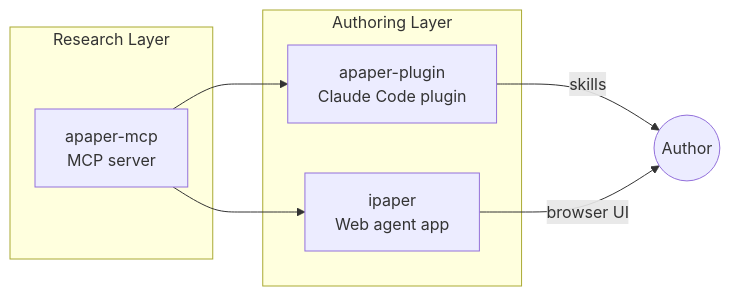
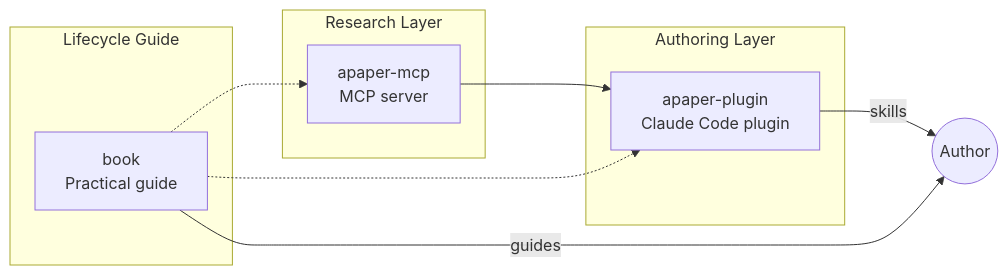
Before and after one commit to ai4paper/.github: the diagram in profile/README.md, drawn with Mermaid. The commit also changed other lines of this file, not shown here.

Commit message:
📝 docs: replace archived ipaper with lifecycle guide

````diff
--- a/profile/README.md
+++ b/profile/README.md
@@ -13,16 +13,20 @@
 ```mermaid
 flowchart LR
     subgraph Research [Research Layer]
         MCP[apaper-mcp<br/>MCP server]
     end
 
     subgraph Authoring [Authoring Layer]
         PLUGIN[apaper-plugin<br/>Claude Code plugin]
-        IPAPER[ipaper<br/>Web agent app]
+    end
+
+    subgraph Guidance [Lifecycle Guide]
+        BOOK[book<br/>Practical guide]
     end
 
     MCP --> PLUGIN
-    MCP --> IPAPER
     PLUGIN -->|skills| Author((Author))
-    IPAPER -->|browser UI| Author
+    BOOK -->|guides| Author
+    BOOK -.-> MCP
+    BOOK -.-> PLUGIN
 ```
````
